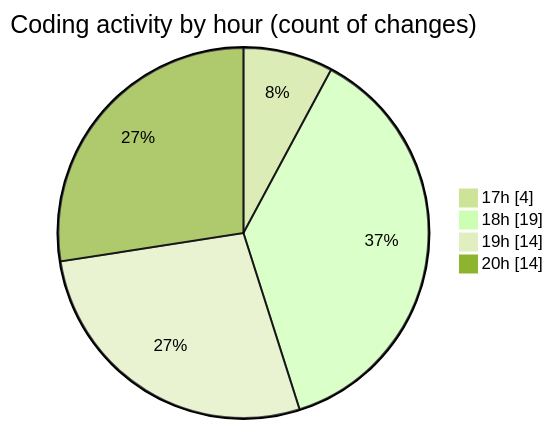
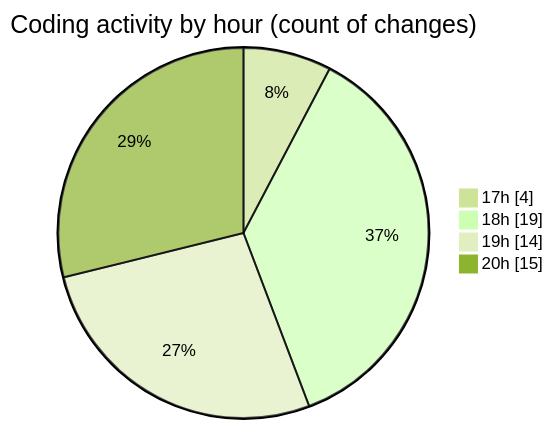
One commit to MatusMokan/code-tracking changed the second of 2 diagrams in 2025-03-18/myws__workspace_/README.md. Above: the diagram before and after it, drawn with Mermaid (forest theme). The commit also changed other lines of this file and 1 other file, not shown here.

````diff
--- a/2025-03-18/myws__workspace_/README.md
+++ b/2025-03-18/myws__workspace_/README.md
@@ -31,8 +32,8 @@
 ```mermaid
 pie showData
 title Coding activity by hour (count of changes)
 "17h" : 4
 "18h" : 19
 "19h" : 14
-"20h" : 14
+"20h" : 15
 ```
````
